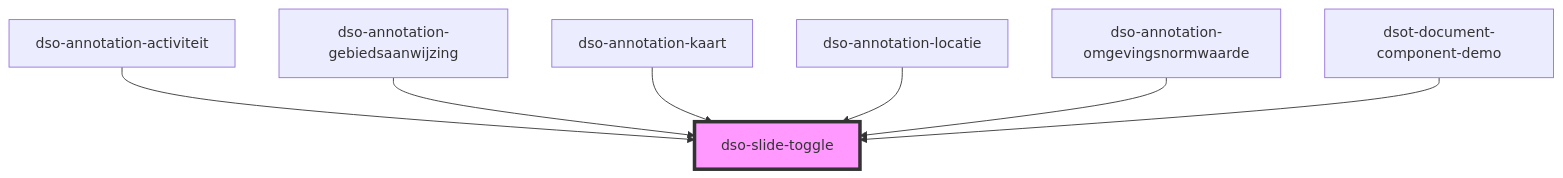
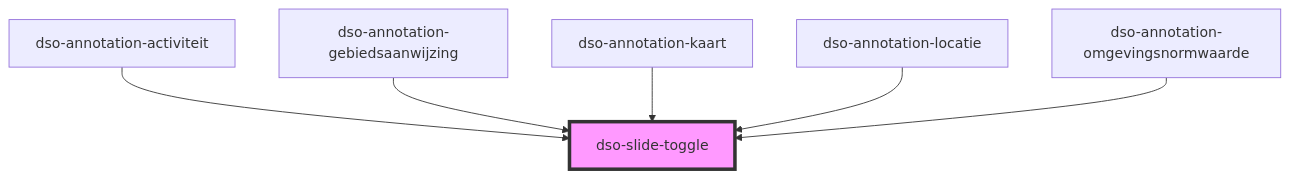
One commit to dso-toolkit/dso-toolkit changed the diagram in packages/core/src/components/slide-toggle/readme.md. Above: the diagram before and after it, drawn with Mermaid. The commit also changed other lines of this file and 6 other files, not shown here.

````diff
--- a/packages/core/src/components/slide-toggle/readme.md
+++ b/packages/core/src/components/slide-toggle/readme.md
@@ -38,10 +37,9 @@
 ```mermaid
 graph TD;
   dso-annotation-activiteit --> dso-slide-toggle
   dso-annotation-gebiedsaanwijzing --> dso-slide-toggle
   dso-annotation-kaart --> dso-slide-toggle
   dso-annotation-locatie --> dso-slide-toggle
   dso-annotation-omgevingsnormwaarde --> dso-slide-toggle
-  dsot-document-component-demo --> dso-slide-toggle
   style dso-slide-toggle fill:#f9f,stroke:#333,stroke-width:4px
 ```
````
